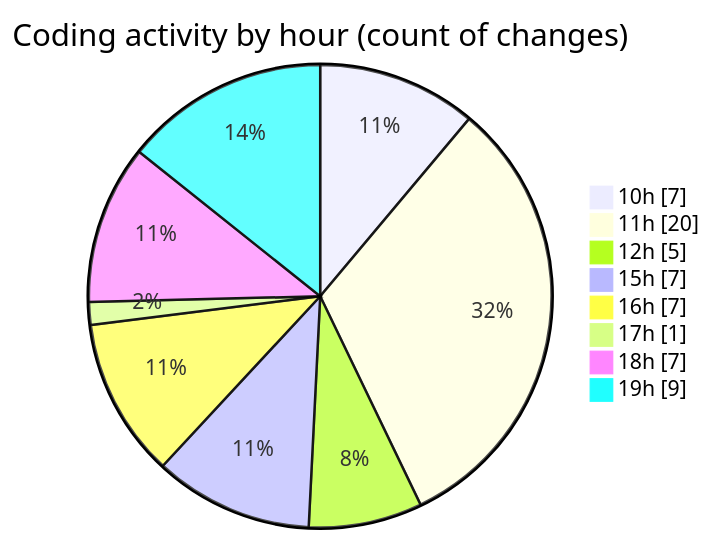
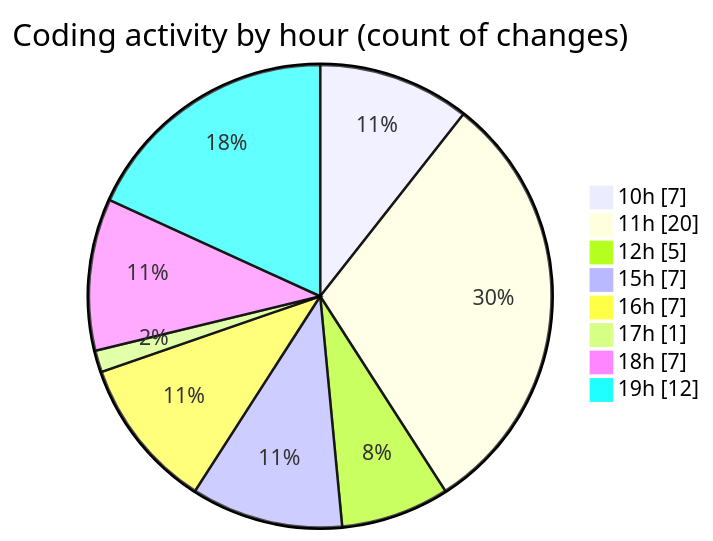
One commit to nxtqubesakshisongat/code-tracking changed the second of 2 diagrams in 2026-04-03/nxtqube_webapp/README.md. Above: the diagram before and after it, drawn with Mermaid. The commit also changed other lines of this file and 1 other file, not shown here.

````diff
--- a/2026-04-03/nxtqube_webapp/README.md
+++ b/2026-04-03/nxtqube_webapp/README.md
@@ -33,12 +34,12 @@
 ```mermaid
 pie showData
 title Coding activity by hour (count of changes)
 "10h" : 7
 "11h" : 20
 "12h" : 5
 "15h" : 7
 "16h" : 7
 "17h" : 1
 "18h" : 7
-"19h" : 9
+"19h" : 12
 ```
````
